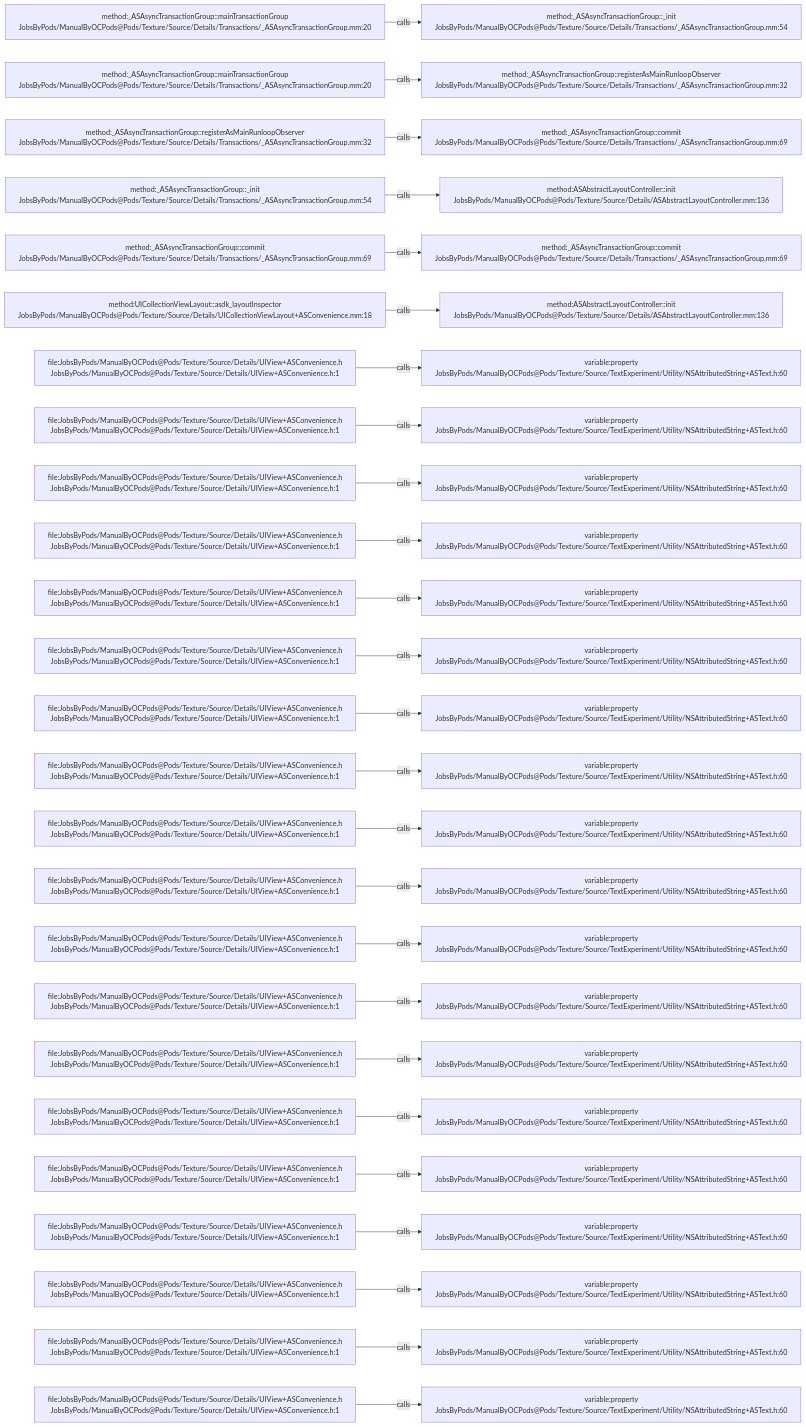
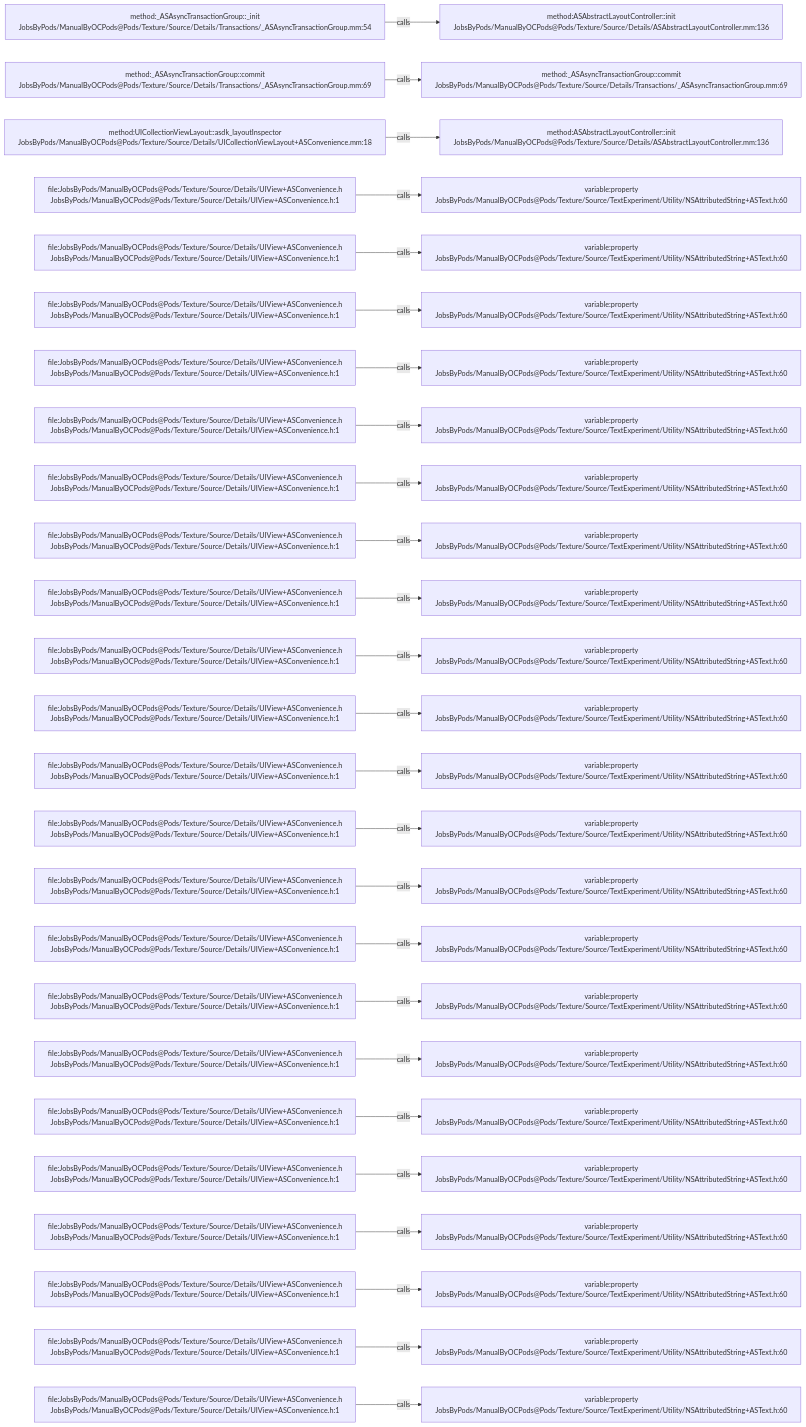
The diagram in .codegraph/codegraph.md/graphs/calls-171.md (JobsKits/JobsOCBaseConfigDemo), drawn with Mermaid before and after one commit. The commit also changed 342 other files, not shown here.

````diff
--- a/.codegraph/codegraph.md/graphs/calls-171.md
+++ b/.codegraph/codegraph.md/graphs/calls-171.md
@@ -13,78 +13,78 @@
 ```mermaid
 flowchart LR
-  S1["method:_ASAsyncTransactionGroup::mainTransactionGroup<br/>JobsByPods/ManualByOCPods@Pods/Texture/Source/Details/Transactions/_ASAsyncTransactionGroup.mm:20"]
-  T1["method:_ASAsyncTransactionGroup::_init<br/>JobsByPods/ManualByOCPods@Pods/Texture/Source/Details/Transactions/_ASAsyncTransactionGroup.mm:54"]
+  S1["method:_ASAsyncTransactionGroup::_init<br/>JobsByPods/ManualByOCPods@Pods/Texture/Source/Details/Transactions/_ASAsyncTransactionGroup.mm:54"]
+  T1["method:ASAbstractLayoutController::init<br/>JobsByPods/ManualByOCPods@Pods/Texture/Source/Details/ASAbstractLayoutController.mm:136"]
   S1 -->|calls| T1
-  S2["method:_ASAsyncTransactionGroup::mainTransactionGroup<br/>JobsByPods/ManualByOCPods@Pods/Texture/Source/Details/Transactions/_ASAsyncTransactionGroup.mm:20"]
-  T2["method:_ASAsyncTransactionGroup::registerAsMainRunloopObserver<br/>JobsByPods/ManualByOCPods@Pods/Texture/Source/Details/Transactions/_ASAsyncTransactionGroup.mm:32"]
+  S2["method:_ASAsyncTransactionGroup::commit<br/>JobsByPods/ManualByOCPods@Pods/Texture/Source/Details/Transactions/_ASAsyncTransactionGroup.mm:69"]
+  T2["method:_ASAsyncTransactionGroup::commit<br/>JobsByPods/ManualByOCPods@Pods/Texture/Source/Details/Transactions/_ASAsyncTransactionGroup.mm:69"]
   S2 -->|calls| T2
-  S3["method:_ASAsyncTransactionGroup::registerAsMainRunloopObserver<br/>JobsByPods/ManualByOCPods@Pods/Texture/Source/Details/Transactions/_ASAsyncTransactionGroup.mm:32"]
-  T3["method:_ASAsyncTransactionGroup::commit<br/>JobsByPods/ManualByOCPods@Pods/Texture/Source/Details/Transactions/_ASAsyncTransactionGroup.mm:69"]
+  S3["method:UICollectionViewLayout::asdk_layoutInspector<br/>JobsByPods/ManualByOCPods@Pods/Texture/Source/Details/UICollectionViewLayout+ASConvenience.mm:18"]
+  T3["method:ASAbstractLayoutController::init<br/>JobsByPods/ManualByOCPods@Pods/Texture/Source/Details/ASAbstractLayoutController.mm:136"]
   S3 -->|calls| T3
-  S4["method:_ASAsyncTransactionGroup::_init<br/>JobsByPods/ManualByOCPods@Pods/Texture/Source/Details/Transactions/_ASAsyncTransactionGroup.mm:54"]
-  T4["method:ASAbstractLayoutController::init<br/>JobsByPods/ManualByOCPods@Pods/Texture/Source/Details/ASAbstractLayoutController.mm:136"]
+  S4["file:JobsByPods/ManualByOCPods@Pods/Texture/Source/Details/UIView+ASConvenience.h<br/>JobsByPods/ManualByOCPods@Pods/Texture/Source/Details/UIView+ASConvenience.h:1"]
+  T4["variable:property<br/>JobsByPods/ManualByOCPods@Pods/Texture/Source/TextExperiment/Utility/NSAttributedString+ASText.h:60"]
   S4 -->|calls| T4
-  S5["method:_ASAsyncTransactionGroup::commit<br/>JobsByPods/ManualByOCPods@Pods/Texture/Source/Details/Transactions/_ASAsyncTransactionGroup.mm:69"]
-  T5["method:_ASAsyncTransactionGroup::commit<br/>JobsByPods/ManualByOCPods@Pods/Texture/Source/Details/Transactions/_ASAsyncTransactionGroup.mm:69"]
+  S5["file:JobsByPods/ManualByOCPods@Pods/Texture/Source/Details/UIView+ASConvenience.h<br/>JobsByPods/ManualByOCPods@Pods/Texture/Source/Details/UIView+ASConvenience.h:1"]
+  T5["variable:property<br/>JobsByPods/ManualByOCPods@Pods/Texture/Source/TextExperiment/Utility/NSAttributedString+ASText.h:60"]
   S5 -->|calls| T5
-  S6["method:UICollectionViewLayout::asdk_layoutInspector<br/>JobsByPods/ManualByOCPods@Pods/Texture/Source/Details/UICollectionViewLayout+ASConvenience.mm:18"]
-  T6["method:ASAbstractLayoutController::init<br/>JobsByPods/ManualByOCPods@Pods/Texture/Source/Details/ASAbstractLayoutController.mm:136"]
+  S6["file:JobsByPods/ManualByOCPods@Pods/Texture/Source/Details/UIView+ASConvenience.h<br/>JobsByPods/ManualByOCPods@Pods/Texture/Source/Details/UIView+ASConvenience.h:1"]
+  T6["variable:property<br/>JobsByPods/ManualByOCPods@Pods/Texture/Source/TextExperiment/Utility/NSAttributedString+ASText.h:60"]
   S6 -->|calls| T6
   S7["file:JobsByPods/ManualByOCPods@Pods/Texture/Source/Details/UIView+ASConvenience.h<br/>JobsByPods/ManualByOCPods@Pods/Texture/Source/Details/UIView+ASConvenience.h:1"]
   T7["variable:property<br/>JobsByPods/ManualByOCPods@Pods/Texture/Source/TextExperiment/Utility/NSAttributedString+ASText.h:60"]
   S7 -->|calls| T7
   S8["file:JobsByPods/ManualByOCPods@Pods/Texture/Source/Details/UIView+ASConvenience.h<br/>JobsByPods/ManualByOCPods@Pods/Texture/Source/Details/UIView+ASConvenience.h:1"]
   T8["variable:property<br/>JobsByPods/ManualByOCPods@Pods/Texture/Source/TextExperiment/Utility/NSAttributedString+ASText.h:60"]
   S8 -->|calls| T8
   S9["file:JobsByPods/ManualByOCPods@Pods/Texture/Source/Details/UIView+ASConvenience.h<br/>JobsByPods/ManualByOCPods@Pods/Texture/Source/Details/UIView+ASConvenience.h:1"]
   T9["variable:property<br/>JobsByPods/ManualByOCPods@Pods/Texture/Source/TextExperiment/Utility/NSAttributedString+ASText.h:60"]
   S9 -->|calls| T9
   S10["file:JobsByPods/ManualByOCPods@Pods/Texture/Source/Details/UIView+ASConvenience.h<br/>JobsByPods/ManualByOCPods@Pods/Texture/Source/Details/UIView+ASConvenience.h:1"]
   T10["variable:property<br/>JobsByPods/ManualByOCPods@Pods/Texture/Source/TextExperiment/Utility/NSAttributedString+ASText.h:60"]
   S10 -->|calls| T10
   S11["file:JobsByPods/ManualByOCPods@Pods/Texture/Source/Details/UIView+ASConvenience.h<br/>JobsByPods/ManualByOCPods@Pods/Texture/Source/Details/UIView+ASConvenience.h:1"]
   T11["variable:property<br/>JobsByPods/ManualByOCPods@Pods/Texture/Source/TextExperiment/Utility/NSAttributedString+ASText.h:60"]
   S11 -->|calls| T11
   S12["file:JobsByPods/ManualByOCPods@Pods/Texture/Source/Details/UIView+ASConvenience.h<br/>JobsByPods/ManualByOCPods@Pods/Texture/Source/Details/UIView+ASConvenience.h:1"]
   T12["variable:property<br/>JobsByPods/ManualByOCPods@Pods/Texture/Source/TextExperiment/Utility/NSAttributedString+ASText.h:60"]
   S12 -->|calls| T12
   S13["file:JobsByPods/ManualByOCPods@Pods/Texture/Source/Details/UIView+ASConvenience.h<br/>JobsByPods/ManualByOCPods@Pods/Texture/Source/Details/UIView+ASConvenience.h:1"]
   T13["variable:property<br/>JobsByPods/ManualByOCPods@Pods/Texture/Source/TextExperiment/Utility/NSAttributedString+ASText.h:60"]
   S13 -->|calls| T13
   S14["file:JobsByPods/ManualByOCPods@Pods/Texture/Source/Details/UIView+ASConvenience.h<br/>JobsByPods/ManualByOCPods@Pods/Texture/Source/Details/UIView+ASConvenience.h:1"]
   T14["variable:property<br/>JobsByPods/ManualByOCPods@Pods/Texture/Source/TextExperiment/Utility/NSAttributedString+ASText.h:60"]
   S14 -->|calls| T14
   S15["file:JobsByPods/ManualByOCPods@Pods/Texture/Source/Details/UIView+ASConvenience.h<br/>JobsByPods/ManualByOCPods@Pods/Texture/Source/Details/UIView+ASConvenience.h:1"]
   T15["variable:property<br/>JobsByPods/ManualByOCPods@Pods/Texture/Source/TextExperiment/Utility/NSAttributedString+ASText.h:60"]
   S15 -->|calls| T15
   S16["file:JobsByPods/ManualByOCPods@Pods/Texture/Source/Details/UIView+ASConvenience.h<br/>JobsByPods/ManualByOCPods@Pods/Texture/Source/Details/UIView+ASConvenience.h:1"]
   T16["variable:property<br/>JobsByPods/ManualByOCPods@Pods/Texture/Source/TextExperiment/Utility/NSAttributedString+ASText.h:60"]
   S16 -->|calls| T16
   S17["file:JobsByPods/ManualByOCPods@Pods/Texture/Source/Details/UIView+ASConvenience.h<br/>JobsByPods/ManualByOCPods@Pods/Texture/Source/Details/UIView+ASConvenience.h:1"]
   T17["variable:property<br/>JobsByPods/ManualByOCPods@Pods/Texture/Source/TextExperiment/Utility/NSAttributedString+ASText.h:60"]
   S17 -->|calls| T17
   S18["file:JobsByPods/ManualByOCPods@Pods/Texture/Source/Details/UIView+ASConvenience.h<br/>JobsByPods/ManualByOCPods@Pods/Texture/Source/Details/UIView+ASConvenience.h:1"]
   T18["variable:property<br/>JobsByPods/ManualByOCPods@Pods/Texture/Source/TextExperiment/Utility/NSAttributedString+ASText.h:60"]
   S18 -->|calls| T18
   S19["file:JobsByPods/ManualByOCPods@Pods/Texture/Source/Details/UIView+ASConvenience.h<br/>JobsByPods/ManualByOCPods@Pods/Texture/Source/Details/UIView+ASConvenience.h:1"]
   T19["variable:property<br/>JobsByPods/ManualByOCPods@Pods/Texture/Source/TextExperiment/Utility/NSAttributedString+ASText.h:60"]
   S19 -->|calls| T19
   S20["file:JobsByPods/ManualByOCPods@Pods/Texture/Source/Details/UIView+ASConvenience.h<br/>JobsByPods/ManualByOCPods@Pods/Texture/Source/Details/UIView+ASConvenience.h:1"]
   T20["variable:property<br/>JobsByPods/ManualByOCPods@Pods/Texture/Source/TextExperiment/Utility/NSAttributedString+ASText.h:60"]
   S20 -->|calls| T20
   S21["file:JobsByPods/ManualByOCPods@Pods/Texture/Source/Details/UIView+ASConvenience.h<br/>JobsByPods/ManualByOCPods@Pods/Texture/Source/Details/UIView+ASConvenience.h:1"]
   T21["variable:property<br/>JobsByPods/ManualByOCPods@Pods/Texture/Source/TextExperiment/Utility/NSAttributedString+ASText.h:60"]
   S21 -->|calls| T21
   S22["file:JobsByPods/ManualByOCPods@Pods/Texture/Source/Details/UIView+ASConvenience.h<br/>JobsByPods/ManualByOCPods@Pods/Texture/Source/Details/UIView+ASConvenience.h:1"]
   T22["variable:property<br/>JobsByPods/ManualByOCPods@Pods/Texture/Source/TextExperiment/Utility/NSAttributedString+ASText.h:60"]
   S22 -->|calls| T22
   S23["file:JobsByPods/ManualByOCPods@Pods/Texture/Source/Details/UIView+ASConvenience.h<br/>JobsByPods/ManualByOCPods@Pods/Texture/Source/Details/UIView+ASConvenience.h:1"]
   T23["variable:property<br/>JobsByPods/ManualByOCPods@Pods/Texture/Source/TextExperiment/Utility/NSAttributedString+ASText.h:60"]
   S23 -->|calls| T23
   S24["file:JobsByPods/ManualByOCPods@Pods/Texture/Source/Details/UIView+ASConvenience.h<br/>JobsByPods/ManualByOCPods@Pods/Texture/Source/Details/UIView+ASConvenience.h:1"]
   T24["variable:property<br/>JobsByPods/ManualByOCPods@Pods/Texture/Source/TextExperiment/Utility/NSAttributedString+ASText.h:60"]
   S24 -->|calls| T24
   S25["file:JobsByPods/ManualByOCPods@Pods/Texture/Source/Details/UIView+ASConvenience.h<br/>JobsByPods/ManualByOCPods@Pods/Texture/Source/Details/UIView+ASConvenience.h:1"]
   T25["variable:property<br/>JobsByPods/ManualByOCPods@Pods/Texture/Source/TextExperiment/Utility/NSAttributedString+ASText.h:60"]
   S25 -->|calls| T25
 ```
````
